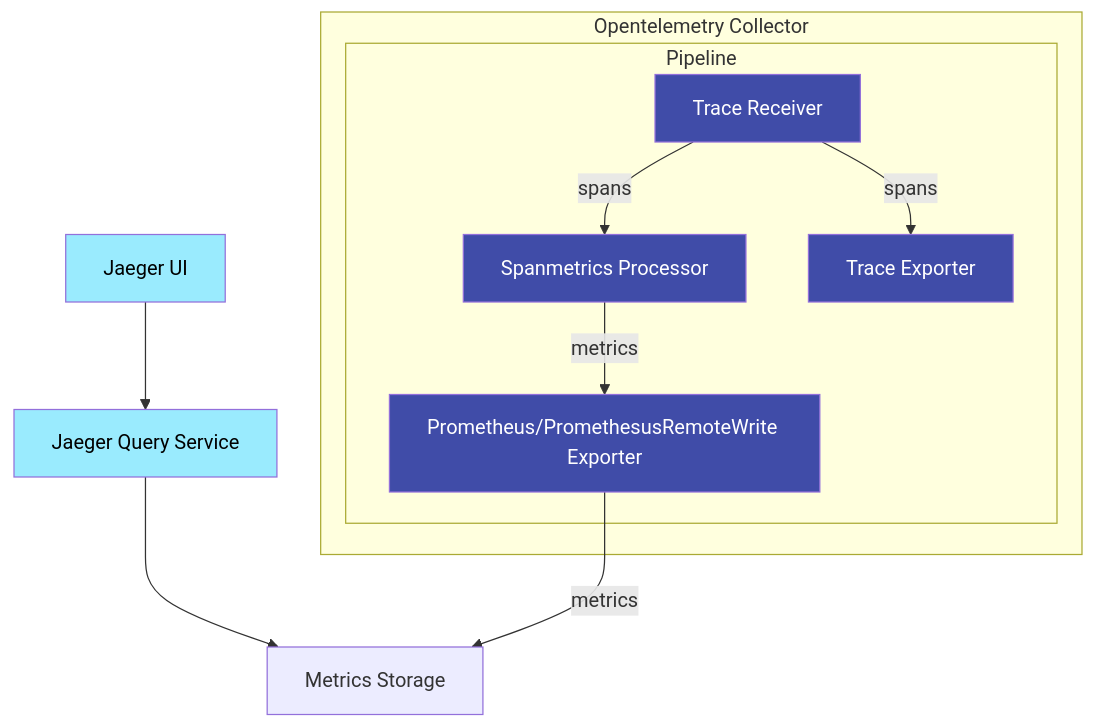
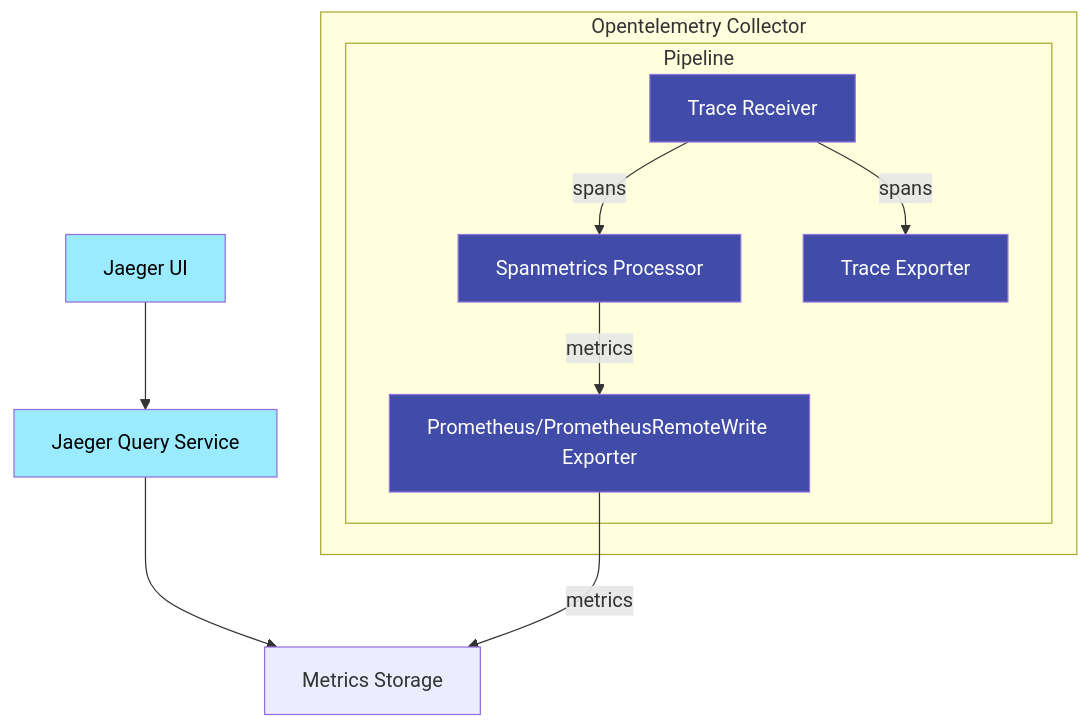
Before and after one commit to jaegertracing/documentation: the diagram in content/docs/1.33/spm.md, drawn with Mermaid. The commit also changed 32 other files, not shown here.

```diff
--- a/content/docs/1.33/spm.md
+++ b/content/docs/1.33/spm.md
@@ -74,24 +74,24 @@
 {{<mermaid align="center">}}
 graph
     TRACE_RECEIVER[Trace Receiver] --> |spans| SPANMETRICS_PROC[Spanmetrics Processor]
     TRACE_RECEIVER --> |spans| TRACE_EXPORTER[Trace Exporter]
-    SPANMETRICS_PROC --> |metrics| PROMETHEUS_EXPORTER[Prometheus/PromethesusRemoteWrite Exporter]
+    SPANMETRICS_PROC --> |metrics| PROMETHEUS_EXPORTER[Prometheus/PrometheusRemoteWrite Exporter]
     UI[Jaeger UI] --> QUERY
     QUERY[Jaeger Query Service] --> METRICS_STORE[Metrics Storage]
     PROMETHEUS_EXPORTER --> |metrics| METRICS_STORE
     subgraph Opentelemetry Collector
         subgraph Pipeline
             TRACE_RECEIVER
             SPANMETRICS_PROC
             TRACE_EXPORTER
             PROMETHEUS_EXPORTER
         end
     end
     style UI fill:#9AEBFE,color:black
     style QUERY fill:#9AEBFE,color:black
 
     style TRACE_RECEIVER fill:#404ca8,color:white
     style TRACE_EXPORTER fill:#404ca8,color:white
     style SPANMETRICS_PROC fill:#404ca8,color:white
     style PROMETHEUS_EXPORTER fill:#404ca8,color:white
 {{< /mermaid >}}
```
